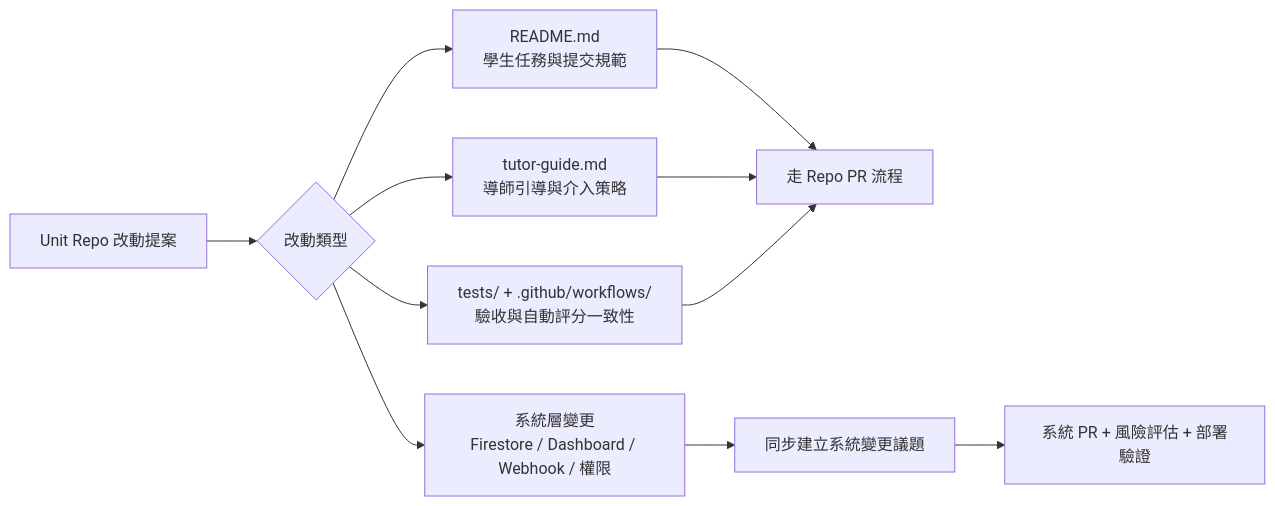
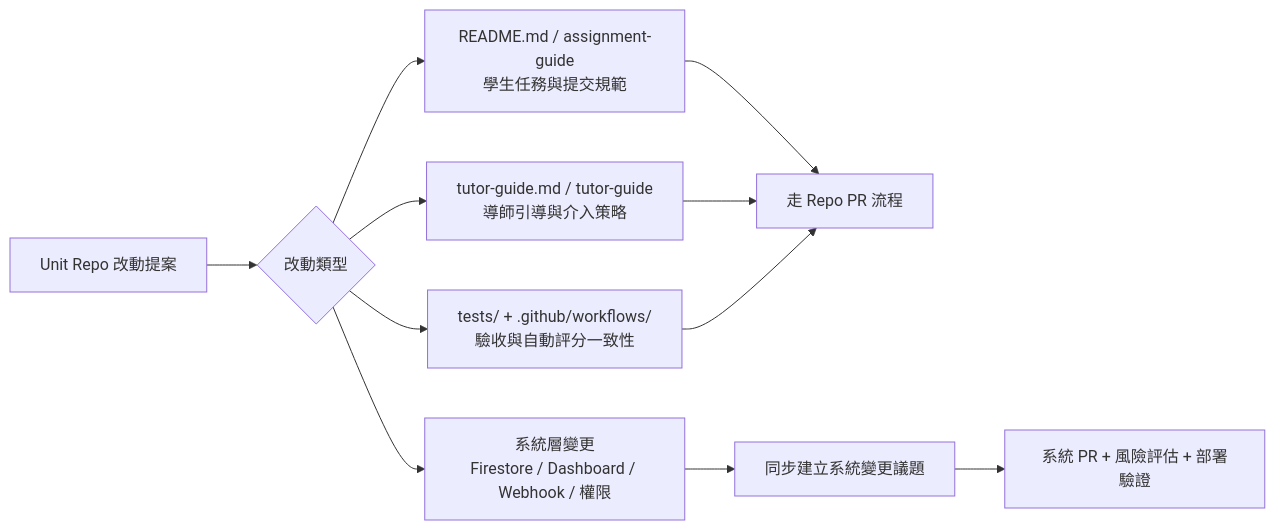
The second of 2 diagrams in docs/unit-repo-collaboration-workflow.md (vibe-coding-tw/e-learning), drawn with Mermaid before and after one commit. The commit also changed other lines of this file and 37 other files, not shown here.

````diff
--- a/docs/unit-repo-collaboration-workflow.md
+++ b/docs/unit-repo-collaboration-workflow.md
@@ -74,14 +74,14 @@
 ```mermaid
 flowchart LR
     A["Unit Repo 改動提案"] --> B{"改動類型"}
-    B --> C["README.md<br/>學生任務與提交規範"]
-    B --> D["tutor-guide.md<br/>導師引導與介入策略"]
+    B --> C["README.md / assignment-guide<br/>學生任務與提交規範"]
+    B --> D["tutor-guide.md / tutor-guide<br/>導師引導與介入策略"]
     B --> E["tests/ + .github/workflows/<br/>驗收與自動評分一致性"]
     B --> F["系統層變更<br/>Firestore / Dashboard / Webhook / 權限"]
 
     C --> G["走 Repo PR 流程"]
     D --> G
     E --> G
     F --> H["同步建立系統變更議題"]
     H --> I["系統 PR + 風險評估 + 部署驗證"]
 ```
````
